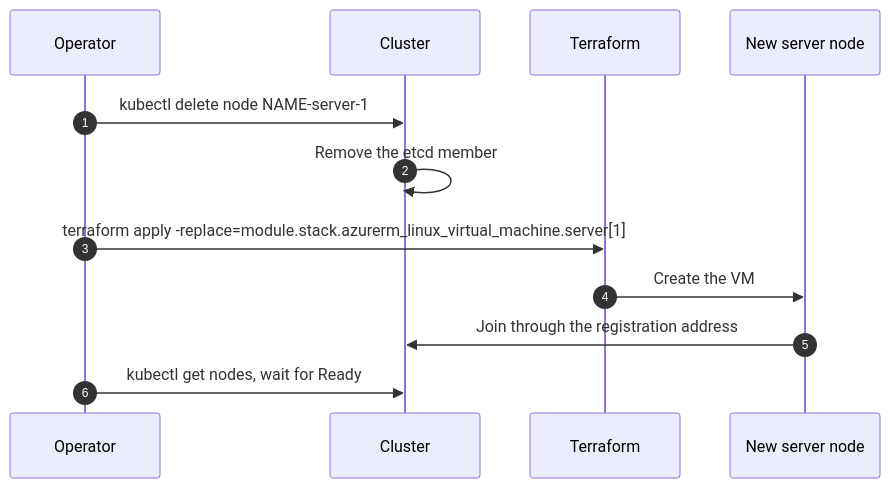
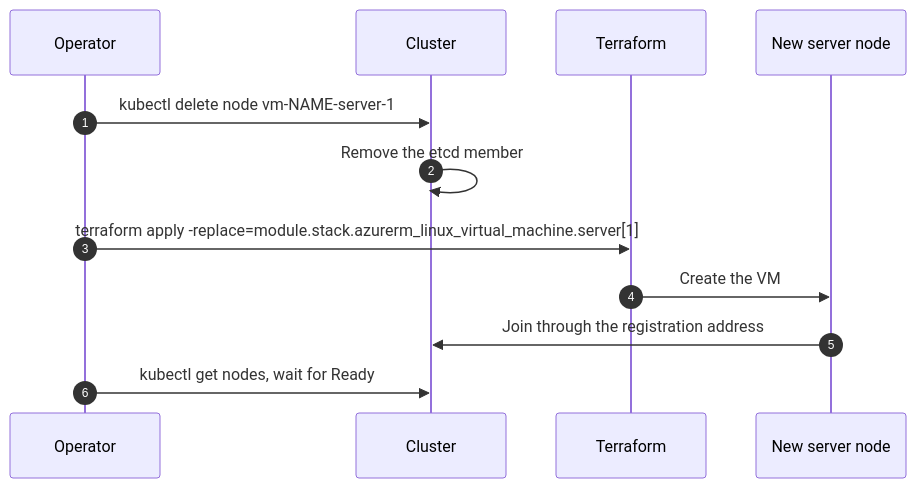
The first of 3 diagrams in docs/OPERATIONS.md (pelotech/terraform-rke2-foundation), drawn with Mermaid before and after one commit. The commit also changed other lines of this file and 2 other files, not shown here.

First line of the commit message:
fix(azure): name the control-plane VMs vm-<name>-server-<n> (#52)

````diff
--- a/docs/OPERATIONS.md
+++ b/docs/OPERATIONS.md
@@ -18,14 +18,14 @@
 ```mermaid
 sequenceDiagram
     autonumber
     participant OP as Operator
     participant K8S as Cluster
     participant TF as Terraform
     participant NEW as New server node
-    OP->>K8S: kubectl delete node NAME-server-1
+    OP->>K8S: kubectl delete node vm-NAME-server-1
     K8S->>K8S: Remove the etcd member
     OP->>TF: terraform apply -replace=module.stack.azurerm_linux_virtual_machine.server[1]
     TF->>NEW: Create the VM
     NEW->>K8S: Join through the registration address
     OP->>K8S: kubectl get nodes, wait for Ready
 ```
````
